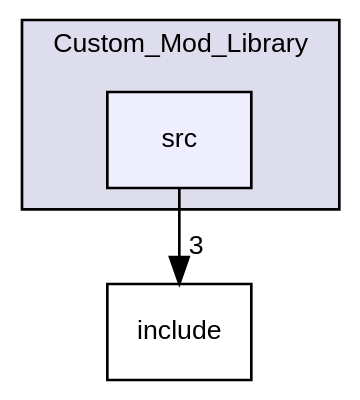
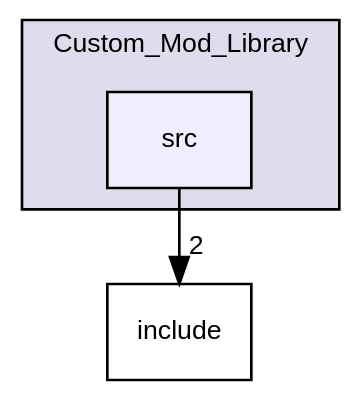
The diagram in dir_cbd26f7b0946528e265beb2513fbf397_dep.dot (ejagombar/2021_Group_3), drawn with Graphviz before and after one commit. The commit also changed 61 other files, not shown here.

```diff
--- a/dir_cbd26f7b0946528e265beb2513fbf397_dep.dot
+++ b/dir_cbd26f7b0946528e265beb2513fbf397_dep.dot
@@ -1,12 +1,12 @@
 digraph "/home/runner/work/2021_Group_3/2021_Group_3/Custom_Mod_Library/src" {
   bgcolor=transparent;
   compound=true
   node [ fontsize="10", fontname="Helvetica"];
   edge [ labelfontsize="10", labelfontname="Helvetica"];
   subgraph clusterdir_3d791e5d7456dbf61f6d7b678dfd72f4 {
     graph [ bgcolor="#ddddee", pencolor="black", label="Custom_Mod_Library" fontname="Helvetica", fontsize="10", URL="dir_3d791e5d7456dbf61f6d7b678dfd72f4.html"]
   dir_cbd26f7b0946528e265beb2513fbf397 [shape=box, label="src", style="filled", fillcolor="#eeeeff", pencolor="black", URL="dir_cbd26f7b0946528e265beb2513fbf397.html"];
   }
   dir_f5c7eabd21a874ae9d109060d168a55c [shape=box label="include" URL="dir_f5c7eabd21a874ae9d109060d168a55c.html"];
-  dir_cbd26f7b0946528e265beb2513fbf397->dir_f5c7eabd21a874ae9d109060d168a55c [headlabel="3", labeldistance=1.5 headhref="dir_000002_000001.html"];
+  dir_cbd26f7b0946528e265beb2513fbf397->dir_f5c7eabd21a874ae9d109060d168a55c [headlabel="2", labeldistance=1.5 headhref="dir_000002_000001.html"];
 }
```
